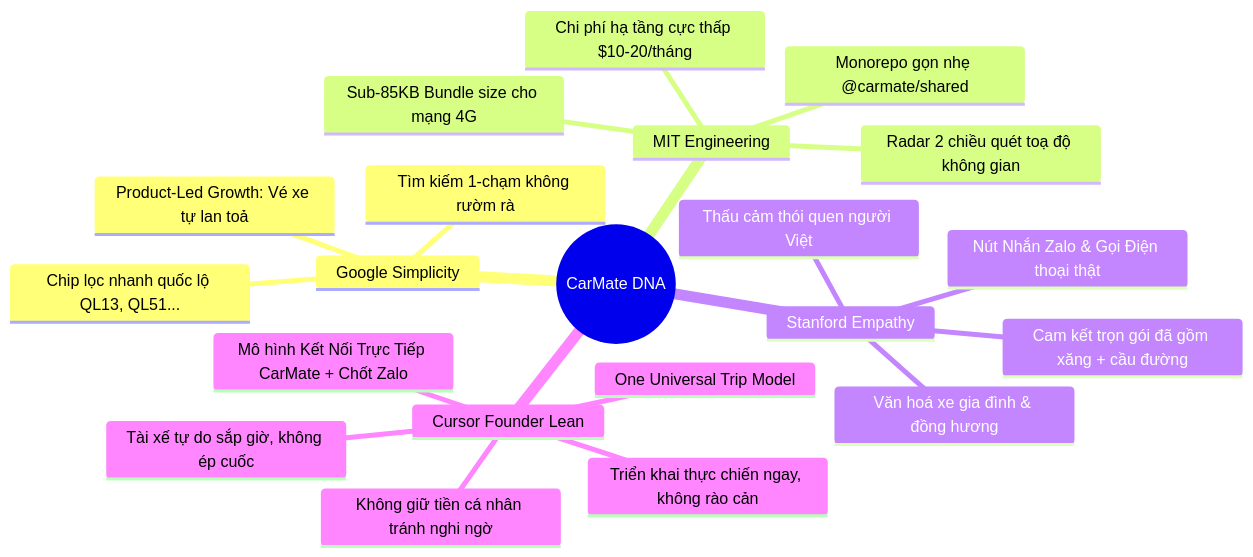
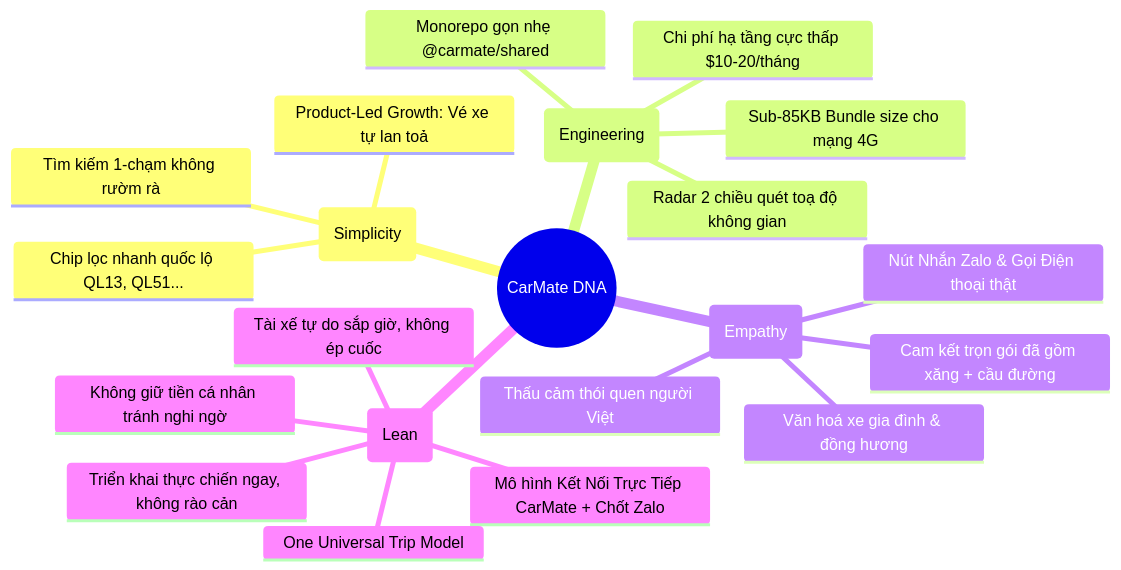
One commit to brianhuynh2021/carmate changed the second of 5 diagrams in ARCHITECTURE.md. Above: the diagram before and after it, drawn with Mermaid. The commit also changed other lines of this file and 8 other files, not shown here.

````diff
--- a/ARCHITECTURE.md
+++ b/ARCHITECTURE.md
@@ -49,24 +49,24 @@
 ```mermaid
 mindmap
   root((CarMate DNA))
-    Google Simplicity
+    Tối giản (Simplicity)
       Tìm kiếm 1-chạm không rườm rà
       Chip lọc nhanh quốc lộ QL13, QL51...
       Product-Led Growth: Vé xe tự lan toả
-    MIT Engineering
+    Kỹ thuật (Engineering)
       Monorepo gọn nhẹ @carmate/shared
       Sub-85KB Bundle size cho mạng 4G
       Chi phí hạ tầng cực thấp $10-20/tháng
       Radar 2 chiều quét toạ độ không gian
-    Stanford Empathy
+    Thấu cảm (Empathy)
       Thấu cảm thói quen người Việt
       Nút Nhắn Zalo & Gọi Điện thoại thật
       Văn hoá xe gia đình & đồng hương
       Cam kết trọn gói đã gồm xăng + cầu đường
-    Cursor Founder Lean
+    Tinh gọn (Lean)
       Triển khai thực chiến ngay, không rào cản
       Mô hình Kết Nối Trực Tiếp CarMate + Chốt Zalo
       Không giữ tiền cá nhân tránh nghi ngờ
       One Universal Trip Model
       Tài xế tự do sắp giờ, không ép cuốc
 ```
````
